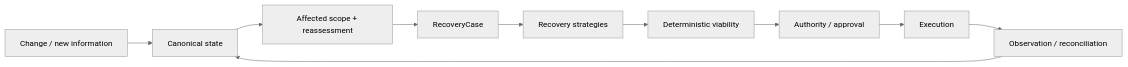
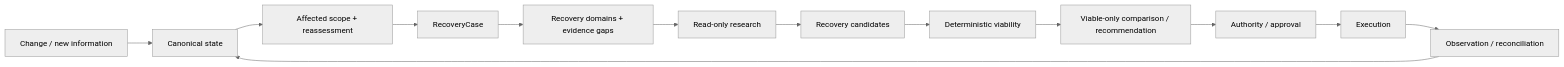
The diagram in README.md (dropandresetmain-prog/qoder-atlas), drawn with Mermaid (neutral theme) before and after one commit. The commit also changed other lines of this file and 6 other files, not shown here.

````diff
--- a/README.md
+++ b/README.md
@@ -30,12 +30,15 @@
 ```mermaid
 flowchart LR
   C["Change / new information"] --> S["Canonical state"]
   S --> P["Affected scope + reassessment"]
   P --> RC["RecoveryCase"]
-  RC --> R["Recovery strategies"]
+  RC --> D["Recovery domains + evidence gaps"]
+  D --> T["Read-only research"]
+  T --> R["Recovery candidates"]
   R --> V["Deterministic viability"]
-  V --> A["Authority / approval"]
+  V --> M["Viable-only comparison / recommendation"]
+  M --> A["Authority / approval"]
   A --> E["Execution"]
   E --> O["Observation / reconciliation"]
   O --> S
 ```
````
